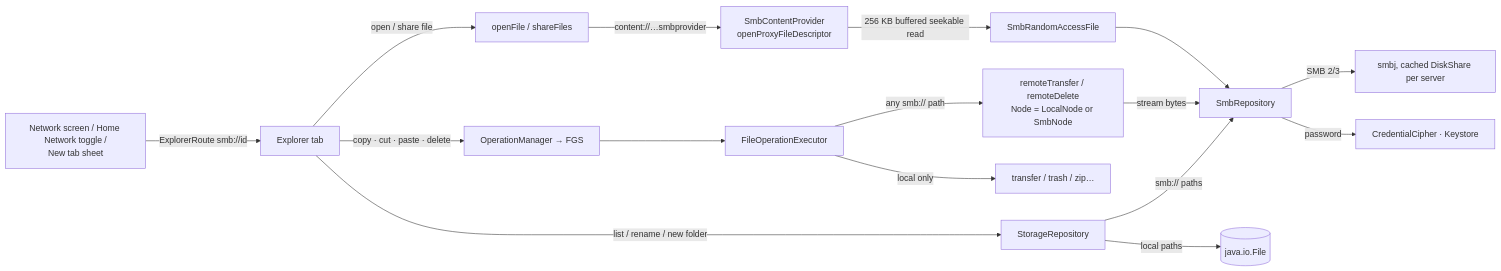
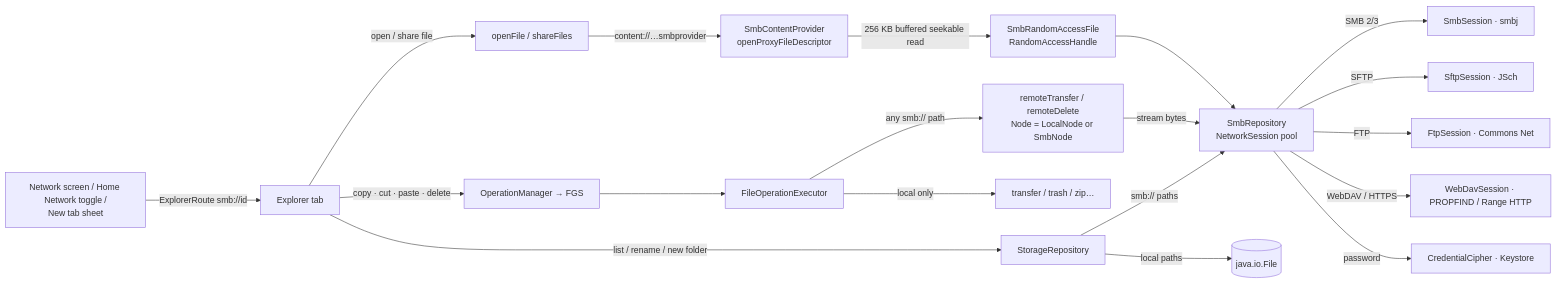
The fourth of 16 diagrams in development/docs/ARCHITECTURE.md (aiyu-ayaan/Findex), drawn with Mermaid before and after one commit. The commit also changed other lines of this file and 1 other file, not shown here.

Commit message:
docs(Architecture) : Document multi-protocol network storage and daily background update checks

````diff
--- a/development/docs/ARCHITECTURE.md
+++ b/development/docs/ARCHITECTURE.md
@@ -181,17 +181,20 @@
 ```mermaid
 flowchart LR
     Entry[Network screen / Home Network toggle /<br/>New tab sheet] -->|ExplorerRoute smb://id| Tab[Explorer tab]
     Tab -->|list / rename / new folder| SR[StorageRepository]
-    SR -->|smb:// paths| Smb[SmbRepository]
+    SR -->|smb:// paths| Smb[SmbRepository<br/>NetworkSession pool]
     SR -->|local paths| FS[(java.io.File)]
     Tab -->|copy · cut · paste · delete| OM[OperationManager → FGS]
     OM --> Exec[FileOperationExecutor]
     Exec -->|any smb:// path| Remote[remoteTransfer / remoteDelete<br/>Node = LocalNode or SmbNode]
     Exec -->|local only| Local[transfer / trash / zip…]
     Remote -->|stream bytes| Smb
-    Smb -->|SMB 2/3| Smbj[smbj, cached DiskShare per server]
+    Smb -->|SMB 2/3| Smbj[SmbSession · smbj]
+    Smb -->|SFTP| Sftp[SftpSession · JSch]
+    Smb -->|FTP| Ftp[FtpSession · Commons Net]
+    Smb -->|WebDAV / HTTPS| WebDav[WebDavSession · PROPFIND / Range HTTP]
     Smb -->|password| CC[CredentialCipher · Keystore]
     Tab -->|open / share file| Viewer[openFile / shareFiles]
     Viewer -->|content://…smbprovider| Prov[SmbContentProvider<br/>openProxyFileDescriptor]
-    Prov -->|256 KB buffered seekable read| RAF[SmbRandomAccessFile] --> Smb
+    Prov -->|256 KB buffered seekable read| RAF[SmbRandomAccessFile<br/>RandomAccessHandle] --> Smb
 ```
````
